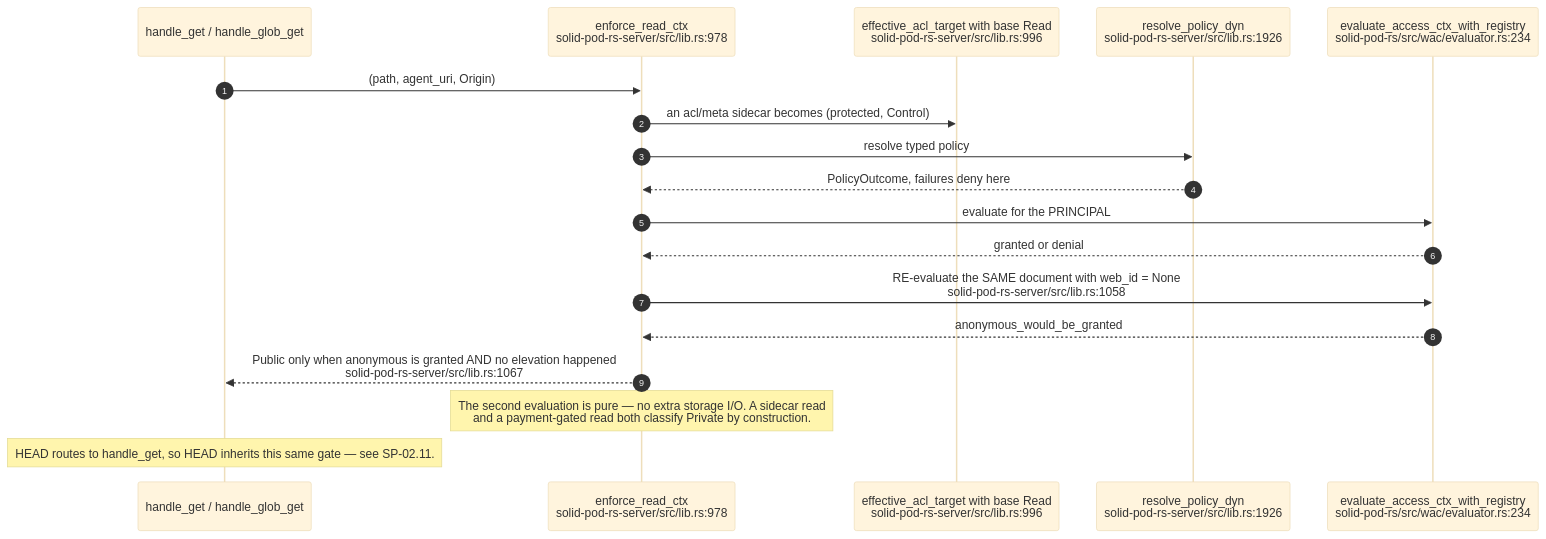
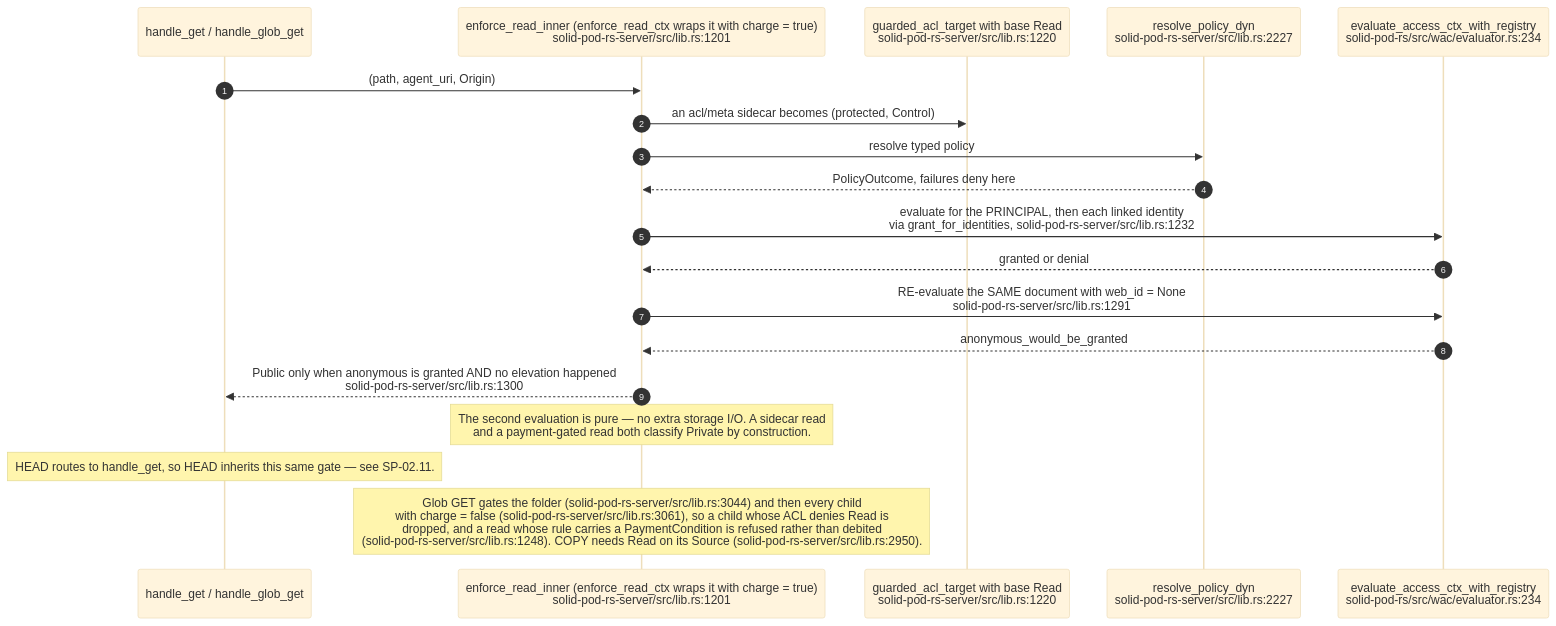
Before and after one commit to DreamLab-AI/VisionFlow: the second of 13 diagrams in docs/diagrams/solid-pod-rs/04-wac-authorisation.md, drawn with Mermaid (base theme). The commit also changed other lines of this file and 160 other files, not shown here.

````diff
--- a/docs/diagrams/solid-pod-rs/04-wac-authorisation.md
+++ b/docs/diagrams/solid-pod-rs/04-wac-authorisation.md
@@ -59,21 +66,22 @@
 ```mermaid
 sequenceDiagram
     autonumber
     participant H as handle_get / handle_glob_get
-    participant ER as enforce_read_ctx<br/>solid-pod-rs-server/src/lib.rs:978
-    participant ET as effective_acl_target with base Read<br/>solid-pod-rs-server/src/lib.rs:996
-    participant RP as resolve_policy_dyn<br/>solid-pod-rs-server/src/lib.rs:1926
+    participant ER as enforce_read_inner (enforce_read_ctx wraps it with charge = true)<br/>solid-pod-rs-server/src/lib.rs:1201
+    participant ET as guarded_acl_target with base Read<br/>solid-pod-rs-server/src/lib.rs:1220
+    participant RP as resolve_policy_dyn<br/>solid-pod-rs-server/src/lib.rs:2227
     participant EV as evaluate_access_ctx_with_registry<br/>solid-pod-rs/src/wac/evaluator.rs:234
 
     H->>ER: (path, agent_uri, Origin)
     ER->>ET: an acl/meta sidecar becomes (protected, Control)
     ER->>RP: resolve typed policy
     RP-->>ER: PolicyOutcome, failures deny here
-    ER->>EV: evaluate for the PRINCIPAL
+    ER->>EV: evaluate for the PRINCIPAL, then each linked identity<br/>via grant_for_identities, solid-pod-rs-server/src/lib.rs:1232
     EV-->>ER: granted or denial
-    ER->>EV: RE-evaluate the SAME document with web_id = None<br/>solid-pod-rs-server/src/lib.rs:1058
+    ER->>EV: RE-evaluate the SAME document with web_id = None<br/>solid-pod-rs-server/src/lib.rs:1291
     EV-->>ER: anonymous_would_be_granted
-    ER-->>H: Public only when anonymous is granted AND no elevation happened<br/>solid-pod-rs-server/src/lib.rs:1067
+    ER-->>H: Public only when anonymous is granted AND no elevation happened<br/>solid-pod-rs-server/src/lib.rs:1300
     Note over ER: The second evaluation is pure — no extra storage I/O. A sidecar read<br/>and a payment-gated read both classify Private by construction.
     Note over H: HEAD routes to handle_get, so HEAD inherits this same gate — see SP-02.11.
+    Note over ER: Glob GET gates the folder (solid-pod-rs-server/src/lib.rs:3044) and then every child<br/>with charge = false (solid-pod-rs-server/src/lib.rs:3061), so a child whose ACL denies Read is<br/>dropped, and a read whose rule carries a PaymentCondition is refused rather than debited<br/>(solid-pod-rs-server/src/lib.rs:1248). COPY needs Read on its Source (solid-pod-rs-server/src/lib.rs:2950).
 ```
````
